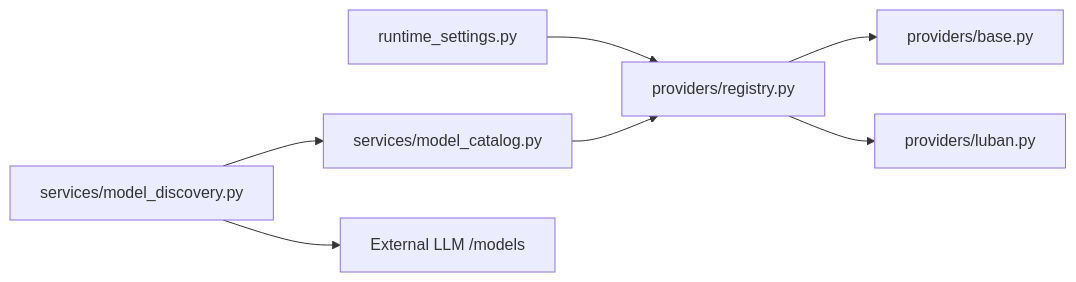
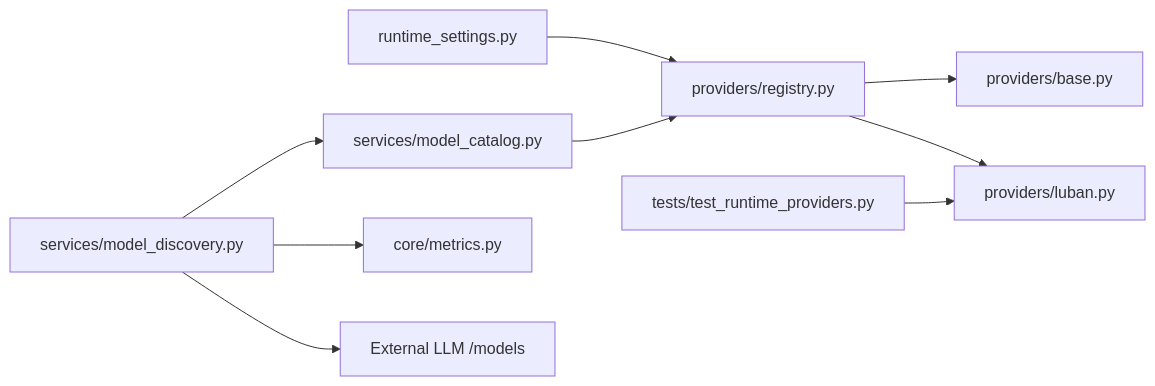
One commit to metasync/luban-aiops changed the eighth of 8 diagrams in .qoder/repowiki/en/content/Architecture Documentation/SPEC-028_ Luban Runtime Provider.md. Above: the diagram before and after it, drawn with Mermaid. The commit also changed other lines of this file and 16 other files, not shown here.

````diff
--- a/.qoder/repowiki/en/content/Architecture Documentation/SPEC-028_ Luban Runtime Provider.md
+++ b/.qoder/repowiki/en/content/Architecture Documentation/SPEC-028_ Luban Runtime Provider.md
@@ -290,9 +367,11 @@
 ```mermaid
 graph LR
 RS["runtime_settings.py"] --> REG["providers/registry.py"]
 REG --> BASE["providers/base.py"]
 REG --> LUBAN["providers/luban.py"]
 CATALOG["services/model_catalog.py"] --> REG
 DISC["services/model_discovery.py"] --> CATALOG
+DISC --> METRICS["core/metrics.py"]
 DISC --> LLM["External LLM /models"]
+TESTS["tests/test_runtime_providers.py"] --> LUBAN
 ```
````
